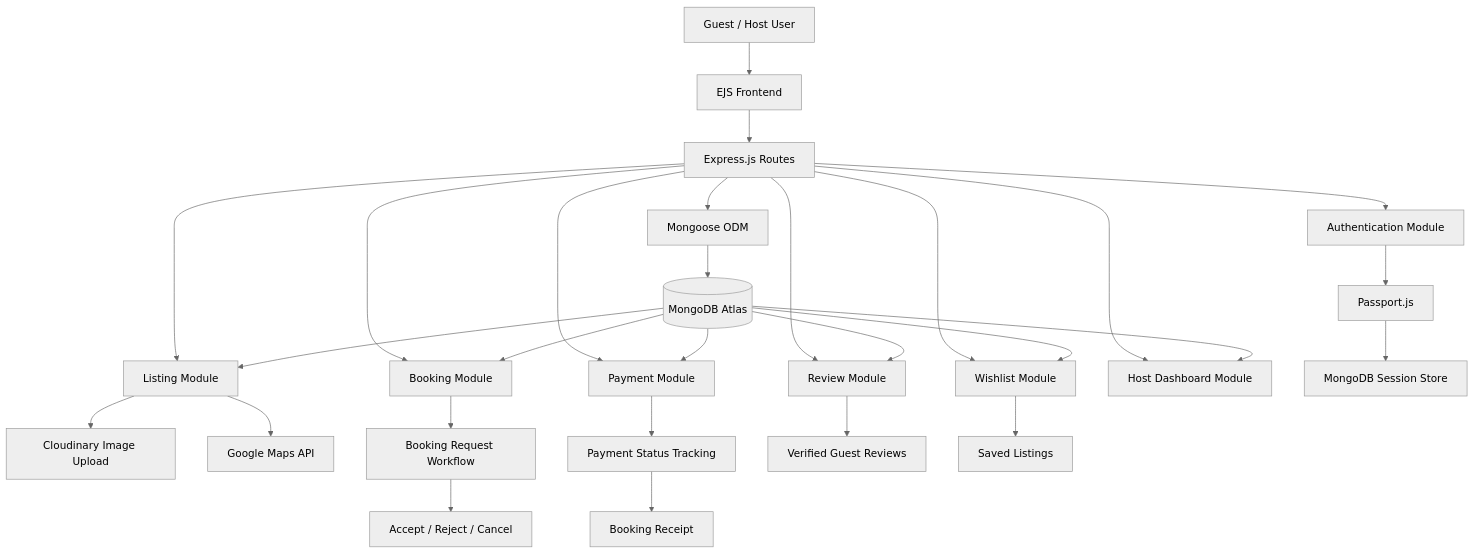
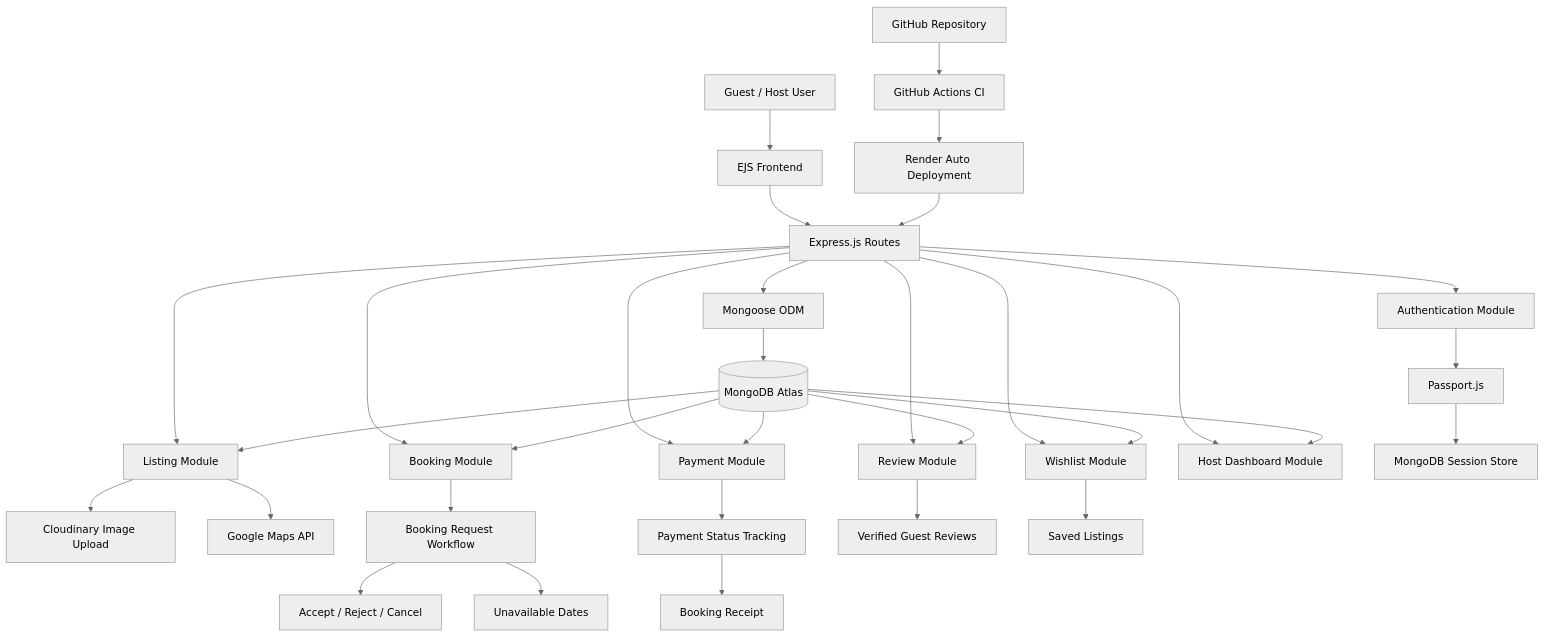
The diagram in README.md (hariom-p1306/AirBnb-Full-Stack-Project-), drawn with Mermaid (neutral theme) before and after one commit. The commit also changed other lines of this file, not shown here.

````diff
--- a/README.md
+++ b/README.md
@@ -205,39 +219,44 @@
 ```mermaid
 flowchart TD
 
     A[Guest / Host User] --> B[EJS Frontend]
     B --> C[Express.js Routes]
 
     C --> D[Authentication Module]
     C --> E[Listing Module]
     C --> F[Booking Module]
     C --> G[Payment Module]
     C --> H[Review Module]
     C --> I[Wishlist Module]
     C --> J[Host Dashboard Module]
 
     D --> K[Passport.js]
     K --> L[MongoDB Session Store]
 
     E --> M[Cloudinary Image Upload]
     E --> N[Google Maps API]
 
     F --> O[Booking Request Workflow]
     O --> P[Accept / Reject / Cancel]
+    O --> X[Unavailable Dates]
 
     G --> Q[Payment Status Tracking]
     Q --> R[Booking Receipt]
 
     H --> S[Verified Guest Reviews]
     I --> T[Saved Listings]
 
     C --> U[Mongoose ODM]
     U --> V[(MongoDB Atlas)]
 
+    W[GitHub Repository] --> Y[GitHub Actions CI]
+    Y --> Z[Render Auto Deployment]
+    Z --> C
+
     V --> E
     V --> F
     V --> G
     V --> H
     V --> I
     V --> J
 ```
````
